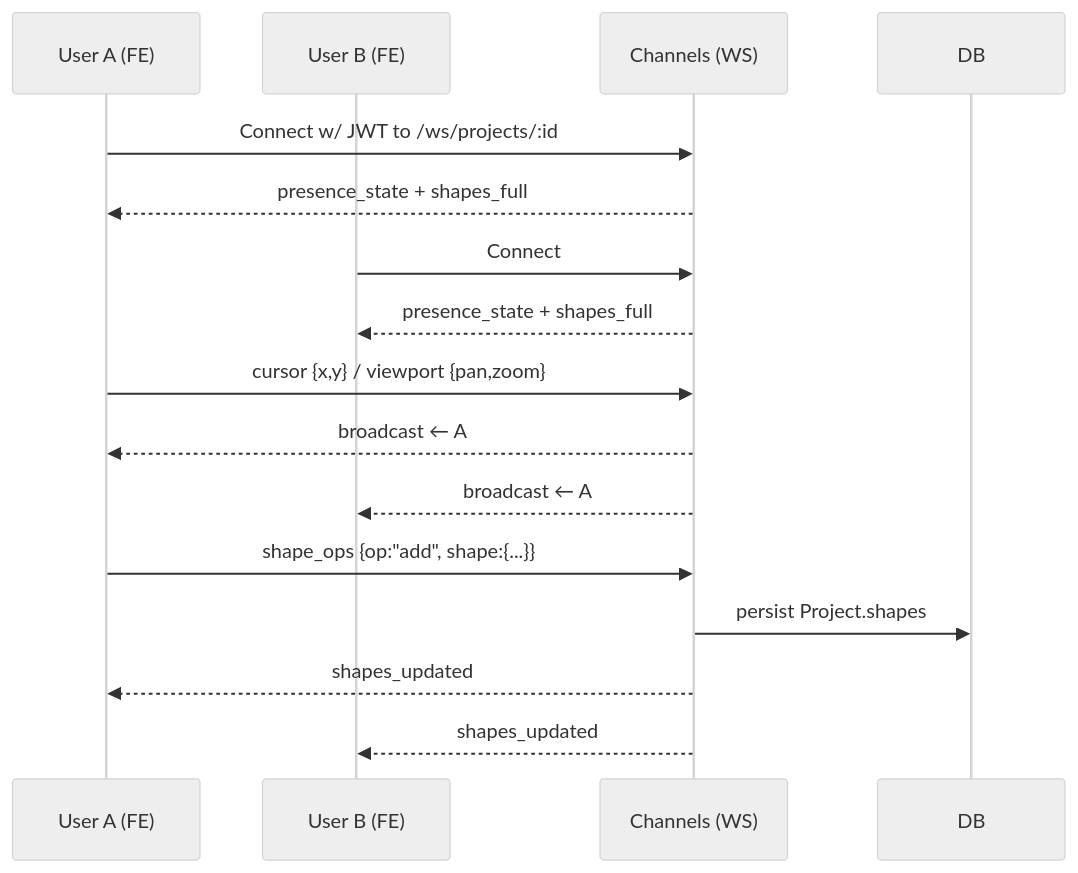
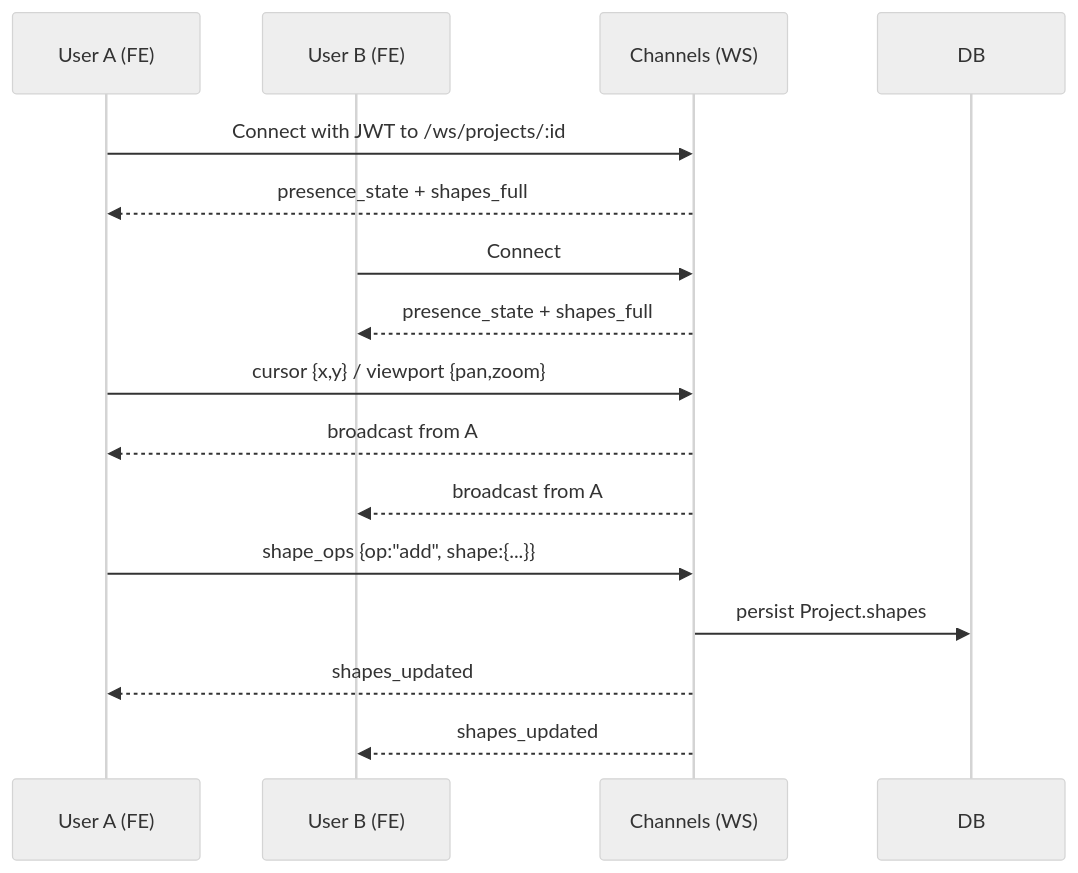
Before and after one commit to jerome244/code_graph_explorer: the sixth of 6 diagrams in technical_documentation.md, drawn with Mermaid (neutral theme). The commit also changed other lines of this file, not shown here.

````diff
--- a/technical_documentation.md
+++ b/technical_documentation.md
@@ -277,19 +274,19 @@
 ```mermaid
 sequenceDiagram
   participant A as User A (FE)
   participant B as User B (FE)
   participant WS as Channels (WS)
   participant DB as DB
 
-  A->>WS: Connect w/ JWT to /ws/projects/:id
+  A->>WS: Connect with JWT to /ws/projects/:id
   WS-->>A: presence_state + shapes_full
   B->>WS: Connect
   WS-->>B: presence_state + shapes_full
   A->>WS: cursor {x,y} / viewport {pan,zoom}
-  WS-->>A: broadcast ← A
-  WS-->>B: broadcast ← A
+  WS-->>A: broadcast from A
+  WS-->>B: broadcast from A
   A->>WS: shape_ops {op:"add", shape:{...}}
   WS->>DB: persist Project.shapes
   WS-->>A: shapes_updated
   WS-->>B: shapes_updated
 ```
````
